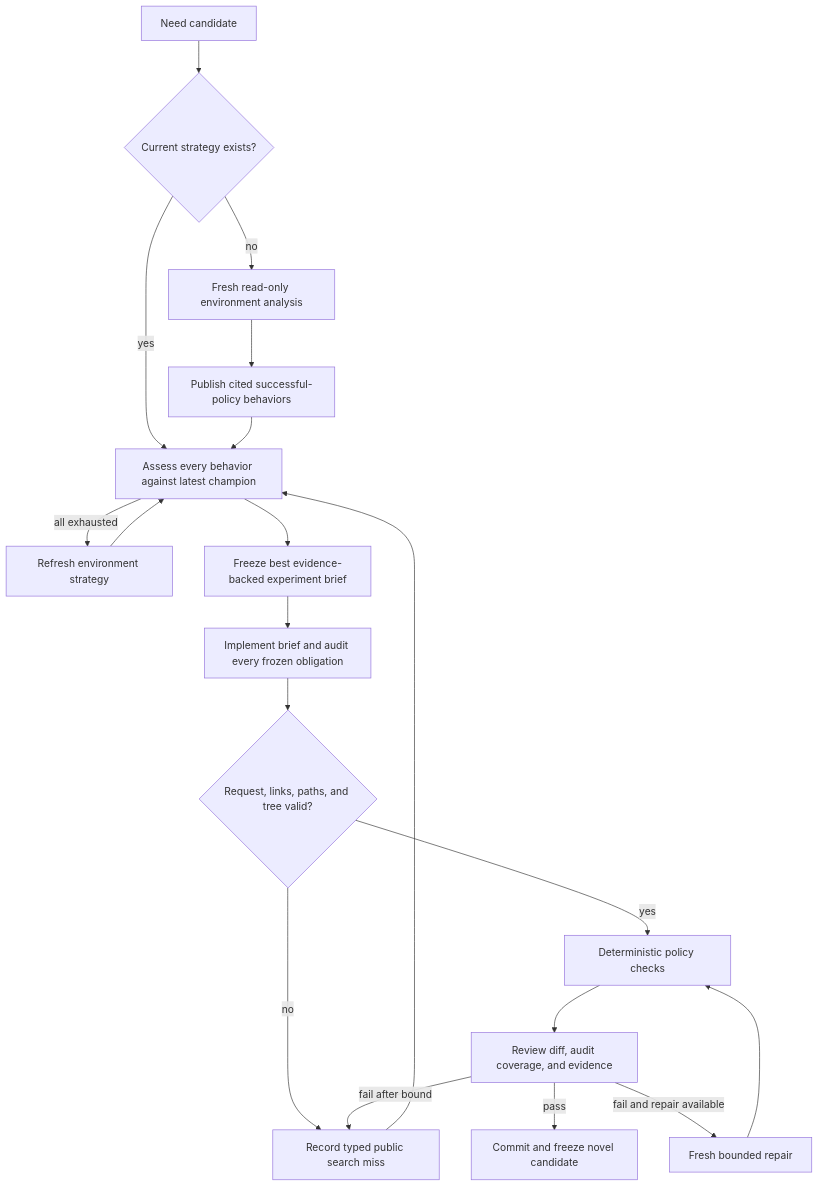
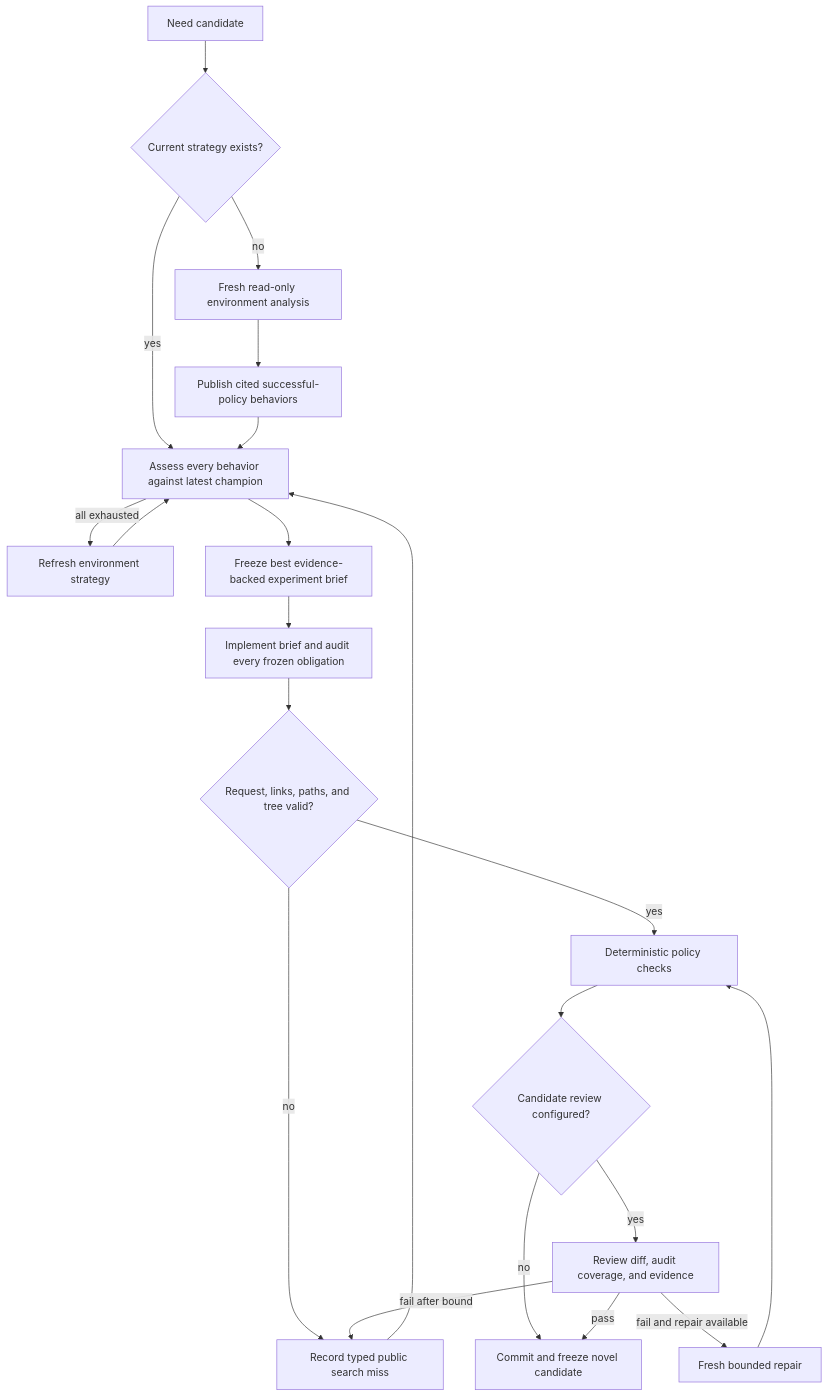
One commit to N00bcak/arctl changed the fourth of 7 diagrams in docs/design.md. Above: the diagram before and after it, drawn with Mermaid. The commit also changed other lines of this file and 5 other files, not shown here.

````diff
--- a/docs/design.md
+++ b/docs/design.md
@@ -224,21 +241,23 @@
 ```mermaid
 flowchart TD
     START[Need candidate] --> STRAT{Current strategy exists?}
     STRAT -->|no| ANALYZE[Fresh read-only environment analysis]
     STRAT -->|yes| PLAN
     ANALYZE --> BEHAVIOR[Publish cited successful-policy behaviors]
     BEHAVIOR --> PLAN[Assess every behavior against latest champion]
     PLAN -->|all exhausted| REFRESH[Refresh environment strategy]
     REFRESH --> PLAN
     PLAN --> REQUEST[Freeze best evidence-backed experiment brief]
     REQUEST --> EDIT[Implement brief and audit every frozen obligation]
     EDIT --> VALIDATE{Request, links, paths, and tree valid?}
     VALIDATE -->|no| MISS[Record typed public search miss]
     VALIDATE -->|yes| GUARD[Deterministic policy checks]
-    GUARD --> REVIEW[Review diff, audit coverage, and evidence]
+    GUARD --> OPTIONAL{Candidate review configured?}
+    OPTIONAL -->|no| FREEZE
+    OPTIONAL -->|yes| REVIEW[Review diff, audit coverage, and evidence]
     REVIEW -->|pass| FREEZE[Commit and freeze novel candidate]
     REVIEW -->|fail and repair available| REPAIR[Fresh bounded repair]
     REPAIR --> GUARD
     REVIEW -->|fail after bound| MISS
     MISS --> PLAN
 ```
````
